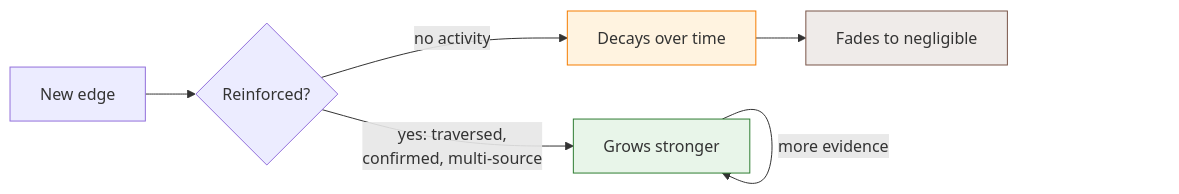
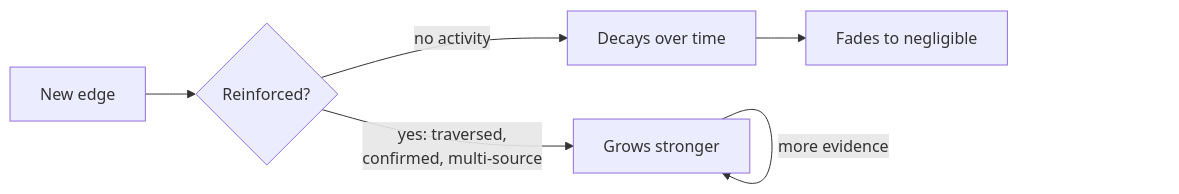
Before and after one commit to nrgforge/plexus: the sixth of 8 diagrams in docs/semantic-adapters.md, drawn with Mermaid. The commit also changed other lines of this file and 1 other file, not shown here.

Commit message:
docs: remove background colors from mermaid diagrams

````diff
--- a/docs/semantic-adapters.md
+++ b/docs/semantic-adapters.md
@@ -157,13 +149,10 @@
 ```mermaid
 flowchart LR
     New["New edge"] --> Used{"Reinforced?"}
     Used -->|"yes: traversed,
     confirmed, multi-source"| Stronger["Grows stronger"]
     Used -->|"no activity"| Weaker["Decays over time"]
     Weaker --> Gone["Fades to negligible"]
     Stronger -->|"more evidence"| Stronger
 
-    style Stronger fill:#e8f5e9,stroke:#2e7d32
-    style Weaker fill:#fff3e0,stroke:#f57c00
-    style Gone fill:#efebe9,stroke:#795548
 ```
````
